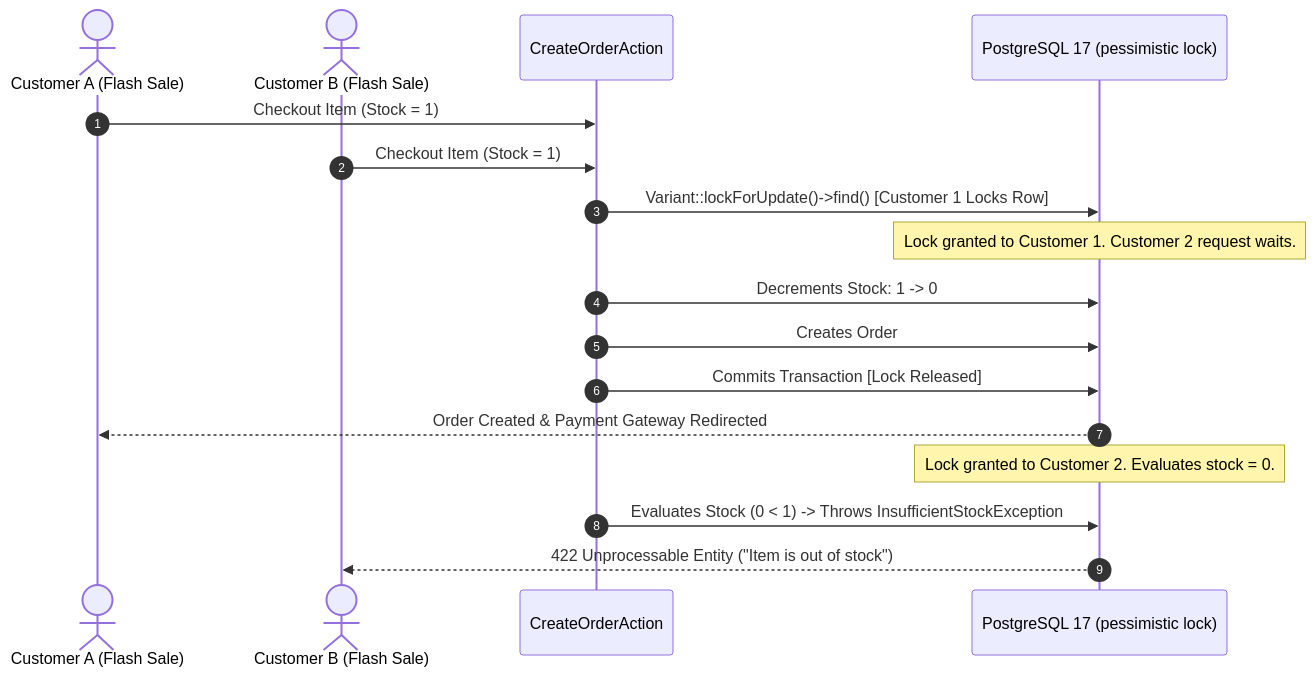
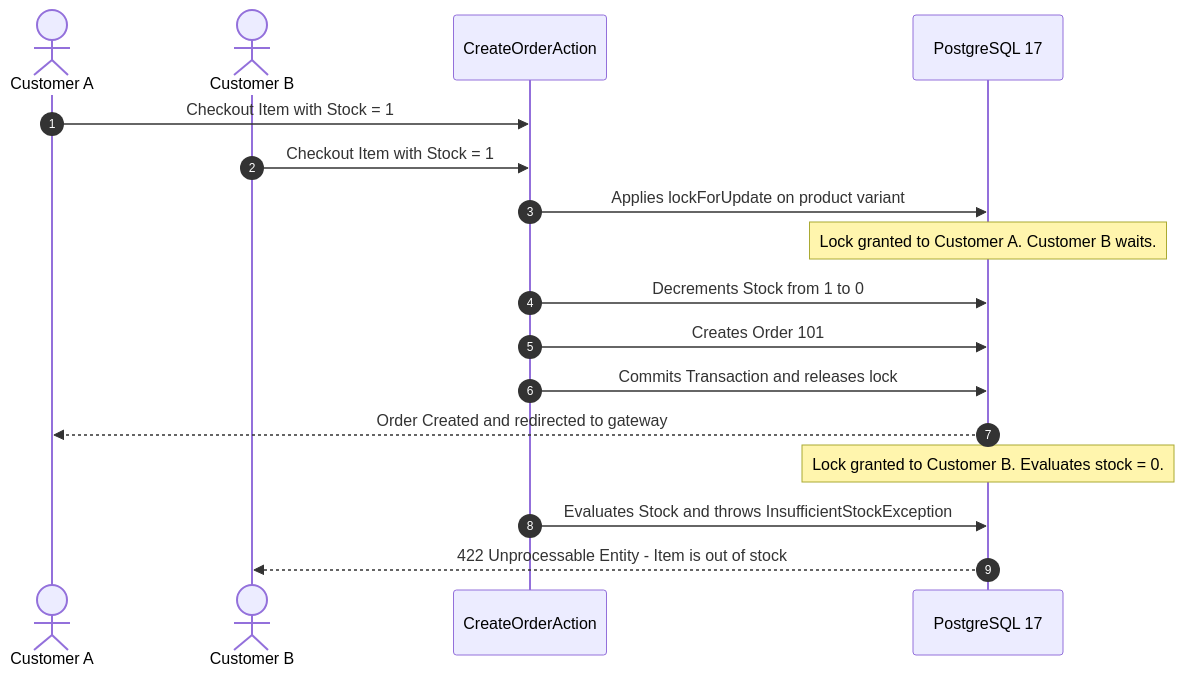
Before and after one commit to reyhan-commerce/docs: the diagram in v1/backend/cart-and-checkout.md, drawn with Mermaid. The commit also changed 8 other files, not shown here.

Commit message:
feat(docs): enable interactive mermaid diagram rendering and fix all diagram syntax

````diff
--- a/v1/backend/cart-and-checkout.md
+++ b/v1/backend/cart-and-checkout.md
@@ -9,24 +9,24 @@
 ```mermaid
 sequenceDiagram
     autonumber
-    actor Customer1 as Customer A (Flash Sale)
-    actor Customer2 as Customer B (Flash Sale)
+    actor Customer1 as Customer A
+    actor Customer2 as Customer B
     participant Action as CreateOrderAction
-    participant DB as PostgreSQL 17 (pessimistic lock)
+    participant DB as PostgreSQL 17
 
-    Customer1->>Action: Checkout Item (Stock = 1)
-    Customer2->>Action: Checkout Item (Stock = 1)
+    Customer1->>Action: Checkout Item with Stock = 1
+    Customer2->>Action: Checkout Item with Stock = 1
     
-    Action->>DB: Variant::lockForUpdate()->find() [Customer 1 Locks Row]
-    Note over DB: Lock granted to Customer 1. Customer 2 request waits.
+    Action->>DB: Applies lockForUpdate on product variant
+    Note over DB: Lock granted to Customer A. Customer B waits.
     
-    Action->>DB: Decrements Stock: 1 -> 0
-    Action->>DB: Creates Order #101
-    Action->>DB: Commits Transaction [Lock Released]
+    Action->>DB: Decrements Stock from 1 to 0
+    Action->>DB: Creates Order 101
+    Action->>DB: Commits Transaction and releases lock
     
-    DB-->>Customer1: Order Created & Payment Gateway Redirected
+    DB-->>Customer1: Order Created and redirected to gateway
     
-    Note over DB: Lock granted to Customer 2. Evaluates stock = 0.
-    Action->>DB: Evaluates Stock (0 < 1) -> Throws InsufficientStockException
-    DB-->>Customer2: 422 Unprocessable Entity ("Item is out of stock")
+    Note over DB: Lock granted to Customer B. Evaluates stock = 0.
+    Action->>DB: Evaluates Stock and throws InsufficientStockException
+    DB-->>Customer2: 422 Unprocessable Entity - Item is out of stock
 ```
````
